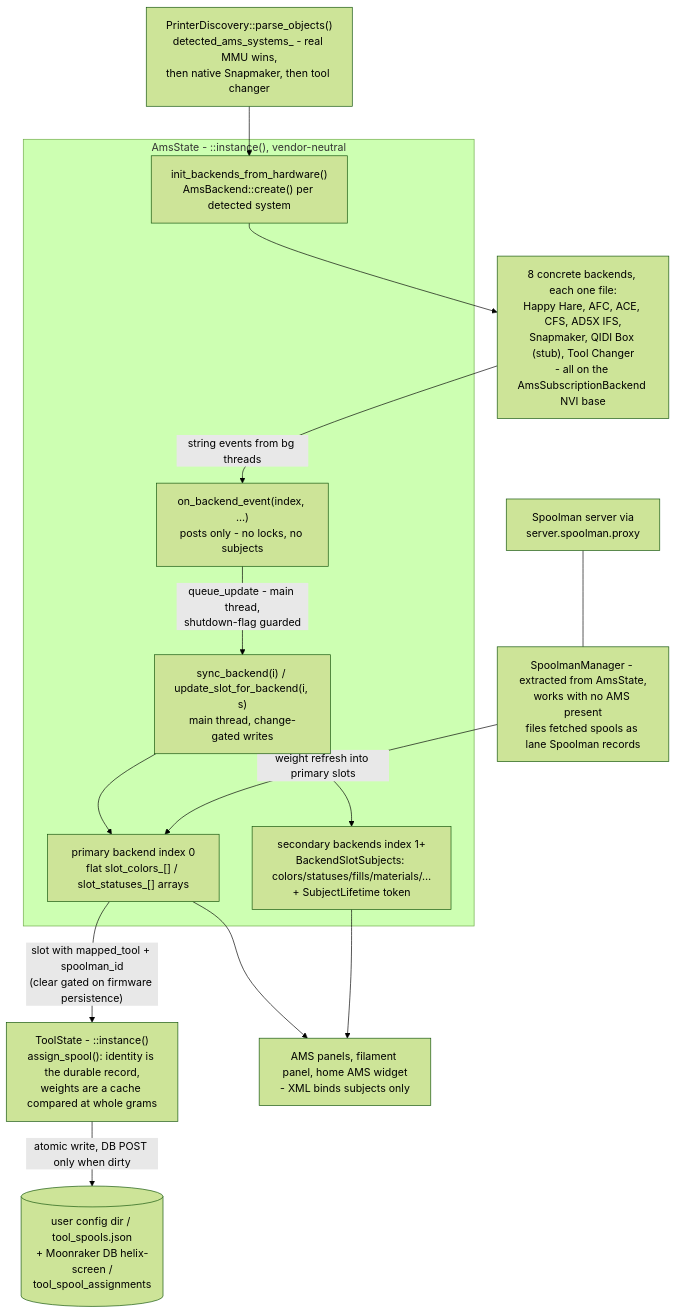
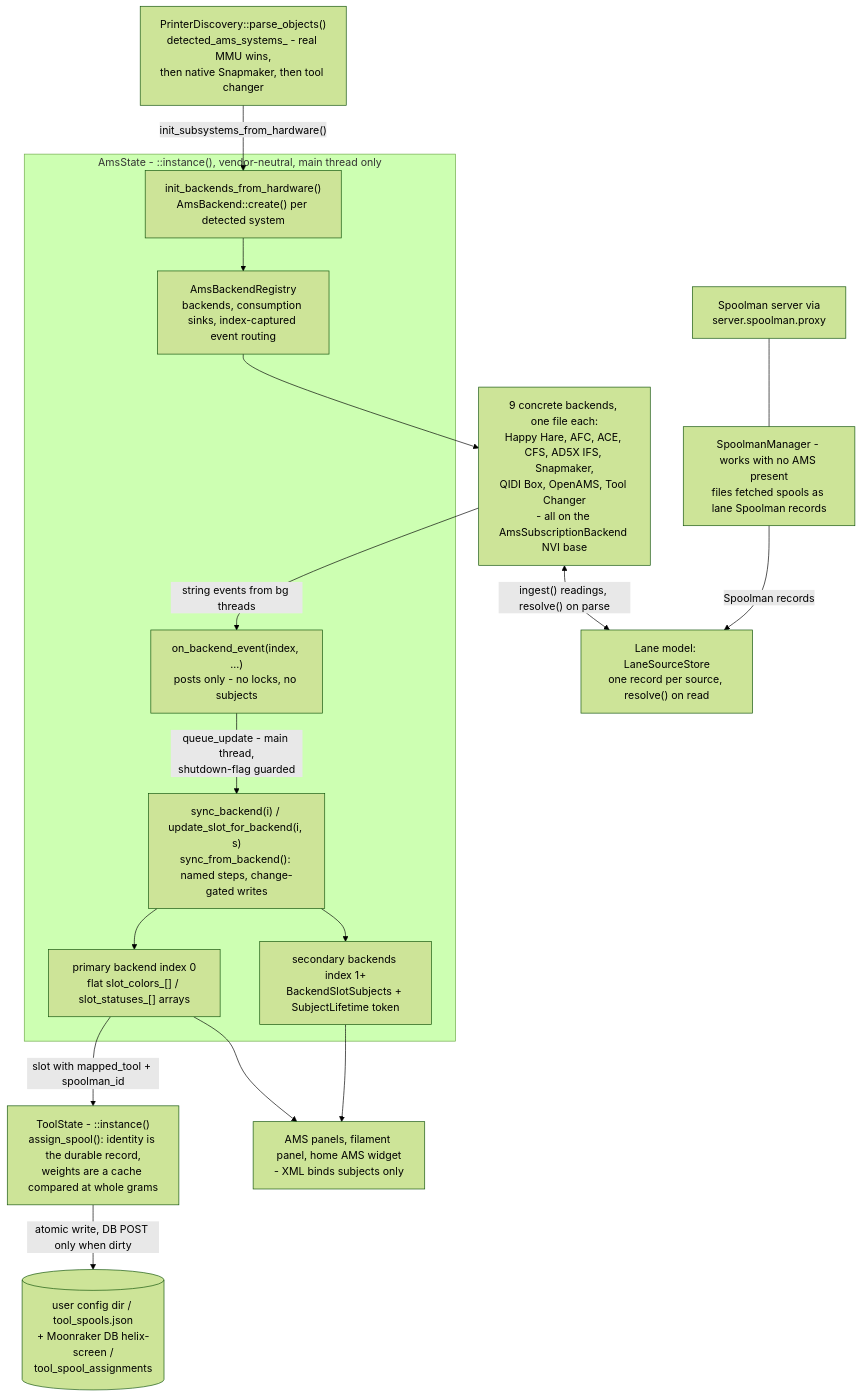
One commit to jrlomas/helixscreen changed the diagram in docs/devel/architecture/07-filament-ams.md. Above: the diagram before and after it, drawn with Mermaid (forest theme). The commit also changed other lines of this file and 90 other files, not shown here.

First line of the commit message:
docs(devel): refresh the architecture guide against the code, add an ESP32 firmware chapter, move printer-specific docs under printers/ and printer-research/, retire shipped plans

````diff
--- a/docs/devel/architecture/07-filament-ams.md
+++ b/docs/devel/architecture/07-filament-ams.md
@@ -9,35 +9,40 @@
 ```mermaid
 flowchart TB
     PO["PrinterDiscovery::parse_objects()<br/>detected_ams_systems_ - real MMU wins,<br/>then native Snapmaker, then tool changer"]
 
-    subgraph AMS["AmsState - ::instance(), vendor-neutral"]
+    subgraph AMS["AmsState - ::instance(), vendor-neutral, main thread only"]
         INIT["init_backends_from_hardware()<br/>AmsBackend::create() per detected system"]
+        REG["AmsBackendRegistry<br/>backends, consumption sinks, index-captured event routing"]
         EV["on_backend_event(index, ...)<br/>posts only - no locks, no subjects"]
-        SYNC["sync_backend(i) / update_slot_for_backend(i, s)<br/>main thread, change-gated writes"]
+        SYNC["sync_backend(i) / update_slot_for_backend(i, s)<br/>sync_from_backend(): named steps, change-gated writes"]
         B0["primary backend index 0<br/>flat slot_colors_[] / slot_statuses_[] arrays"]
-        B1["secondary backends index 1+<br/>BackendSlotSubjects: colors/statuses/fills/materials/…<br/>+ SubjectLifetime token"]
+        B1["secondary backends index 1+<br/>BackendSlotSubjects + SubjectLifetime token"]
     end
 
-    CONC["8 concrete backends, each one file:<br/>Happy Hare, AFC, ACE, CFS, AD5X IFS,<br/>Snapmaker, QIDI Box (stub), Tool Changer<br/>- all on the AmsSubscriptionBackend NVI base"]
+    CONC["9 concrete backends, one file each:<br/>Happy Hare, AFC, ACE, CFS, AD5X IFS, Snapmaker,<br/>QIDI Box, OpenAMS, Tool Changer<br/>- all on the AmsSubscriptionBackend NVI base"]
+
+    LANE["Lane model: LaneSourceStore<br/>one record per source, resolve() on read"]
 
     TS["ToolState - ::instance()<br/>assign_spool(): identity is the durable record,<br/>weights are a cache compared at whole grams"]
     PERSIST[("user config dir / tool_spools.json<br/>+ Moonraker DB helix-screen /<br/>tool_spool_assignments")]
 
-    SM["SpoolmanManager - extracted from AmsState,<br/>works with no AMS present<br/>files fetched spools as lane Spoolman records"]
+    SM["SpoolmanManager - works with no AMS present<br/>files fetched spools as lane Spoolman records"]
     SPOOL["Spoolman server via<br/>server.spoolman.proxy"]
 
     UI["AMS panels, filament panel, home AMS widget<br/>- XML binds subjects only"]
 
-    PO --> INIT
-    INIT --> CONC
+    PO -->|"init_subsystems_from_hardware()"| INIT
+    INIT --> REG
+    REG --> CONC
     CONC -->|"string events from bg threads"| EV
+    CONC <-->|"ingest() readings, resolve() on parse"| LANE
     EV -->|"queue_update - main thread,<br/>shutdown-flag guarded"| SYNC
     SYNC --> B0
     SYNC --> B1
     B0 --> UI
     B1 --> UI
-    B0 -->|"slot with mapped_tool + spoolman_id<br/>(clear gated on firmware persistence)"| TS
+    B0 -->|"slot with mapped_tool + spoolman_id"| TS
     TS -->|"atomic write, DB POST only when dirty"| PERSIST
-    SM -->|"weight refresh into primary slots"| B0
+    SM -->|"Spoolman records"| LANE
     SPOOL --- SM
 ```
````
